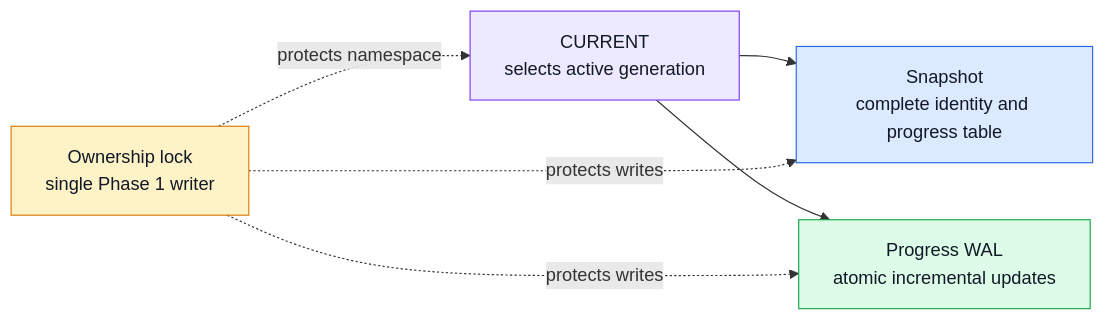
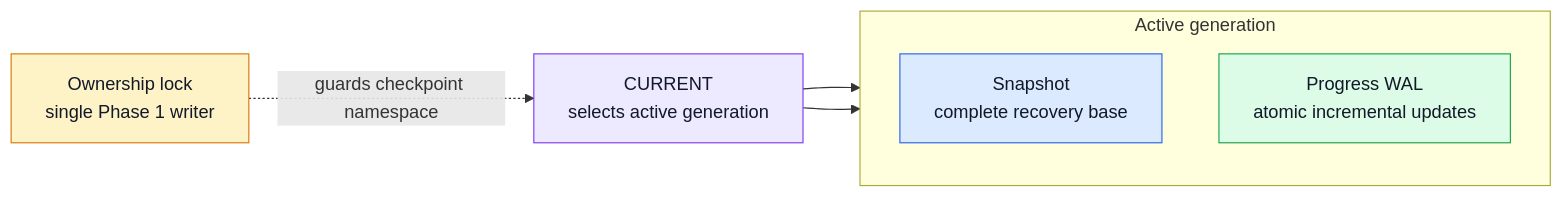
The eighth of 9 diagrams in rust/otap-dataflow/docs/filelog-receiver.md (open-telemetry/otel-arrow), drawn with Mermaid before and after one commit. The commit also changed other lines of this file, not shown here.

Commit message:
docs: refine filelog checkpoint transitions

````diff
--- a/rust/otap-dataflow/docs/filelog-receiver.md
+++ b/rust/otap-dataflow/docs/filelog-receiver.md
@@ -1596,23 +1597,25 @@
 ```mermaid
 flowchart LR
+  LOCK["Ownership lock<br/>single Phase 1 writer"]
   CURRENT["CURRENT<br/>selects active generation"]
-  SNAP["Snapshot<br/>complete identity and progress table"]
-  WAL["Progress WAL<br/>atomic incremental updates"]
-  LOCK["Ownership lock<br/>single Phase 1 writer"]
 
+  subgraph generation["Active generation"]
+    direction TB
+    SNAP["Snapshot<br/>complete recovery base"]
+    WAL["Progress WAL<br/>atomic incremental updates"]
+  end
+
+  LOCK -.->|"guards checkpoint namespace"| CURRENT
   CURRENT --> SNAP
   CURRENT --> WAL
-  LOCK -.->|"protects namespace"| CURRENT
-  LOCK -.->|"protects writes"| SNAP
-  LOCK -.->|"protects writes"| WAL
 
   class CURRENT controlNode
   class SNAP snapshotNode
   class WAL walNode
   class LOCK lockNode
 
   classDef controlNode fill:#EDE9FE,stroke:#7C3AED,color:#111827
   classDef snapshotNode fill:#DBEAFE,stroke:#2563EB,color:#111827
   classDef walNode fill:#DCFCE7,stroke:#16A34A,color:#111827
   classDef lockNode fill:#FEF3C7,stroke:#D97706,color:#111827
 ```
````
